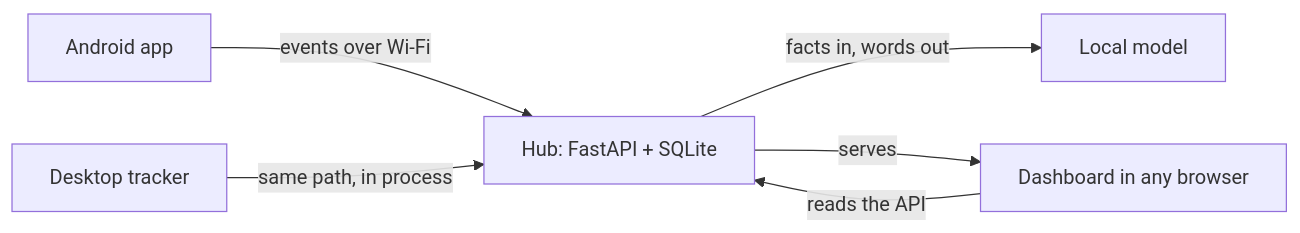
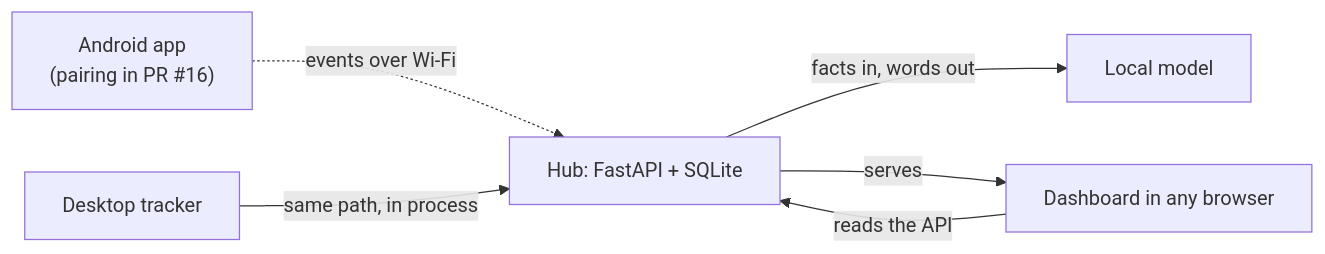
Before and after one commit to SaiGaneshPS/daytrace: the diagram in README.md, drawn with Mermaid. The commit also changed other lines of this file and 6 other files, not shown here.

````diff
--- a/README.md
+++ b/README.md
@@ -133,8 +144,8 @@
 ```mermaid
 flowchart LR
-  android["Android app"] -- "events over Wi-Fi" --> hub
+  android["Android app<br/>(pairing in PR #16)"] -. "events over Wi-Fi" .-> hub
   tracker["Desktop tracker"] -- "same path, in process" --> hub
   hub["Hub: FastAPI + SQLite"] -- "facts in, words out" --> llm["Local model"]
   hub -- "serves" --> dash["Dashboard in any browser"]
   dash -- "reads the API" --> hub
 ```
````
